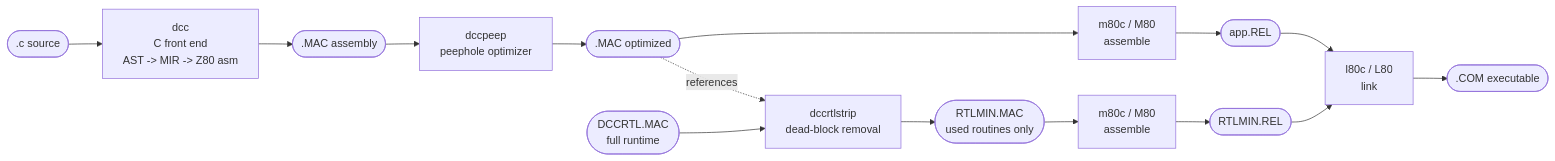
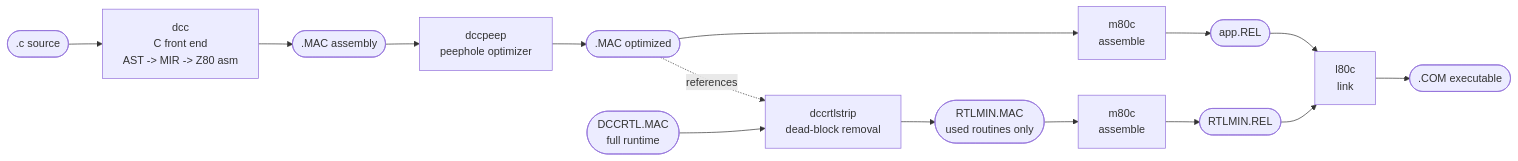
The first of 5 diagrams in docs/docs/en/appendix/00-architecture.md (davidly/dcc), drawn with Mermaid before and after one commit. The commit also changed other lines of this file and 3 other files, not shown here.

````diff
--- a/docs/docs/en/appendix/00-architecture.md
+++ b/docs/docs/en/appendix/00-architecture.md
@@ -30,17 +36,17 @@
 ```mermaid
 flowchart LR
     SRC([".c source"]) --> DCC["dcc<br/>C front end<br/>AST -> MIR -> Z80 asm"]
     DCC --> MAC([".MAC assembly"])
     MAC --> PEEP["dccpeep<br/>peephole optimizer"]
     PEEP --> MAC2([".MAC optimized"])
-    MAC2 --> M80A["m80c / M80<br/>assemble"]
+    MAC2 --> M80A["m80c<br/>assemble"]
     RTL([" DCCRTL.MAC<br/>full runtime"]) --> STRIP["dccrtlstrip<br/>dead-block removal"]
     MAC2 -. references .-> STRIP
     STRIP --> RTLMIN([" RTLMIN.MAC<br/>used routines only"])
-    RTLMIN --> M80B["m80c / M80<br/>assemble"]
+    RTLMIN --> M80B["m80c<br/>assemble"]
     M80A --> REL([" app.REL"])
     M80B --> RRTL([" RTLMIN.REL"])
-    REL --> L80["l80c / L80<br/>link"]
+    REL --> L80["l80c<br/>link"]
     RRTL --> L80
     L80 --> COM([".COM executable"])
 ```
````
